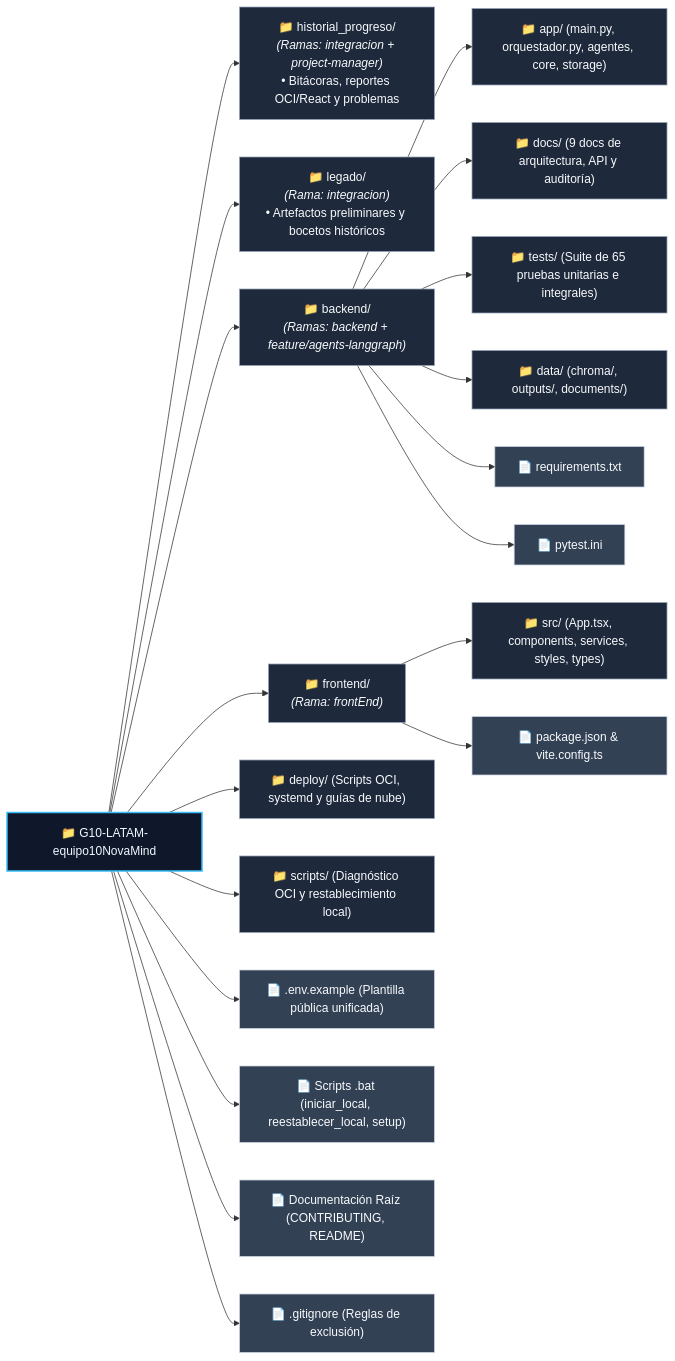
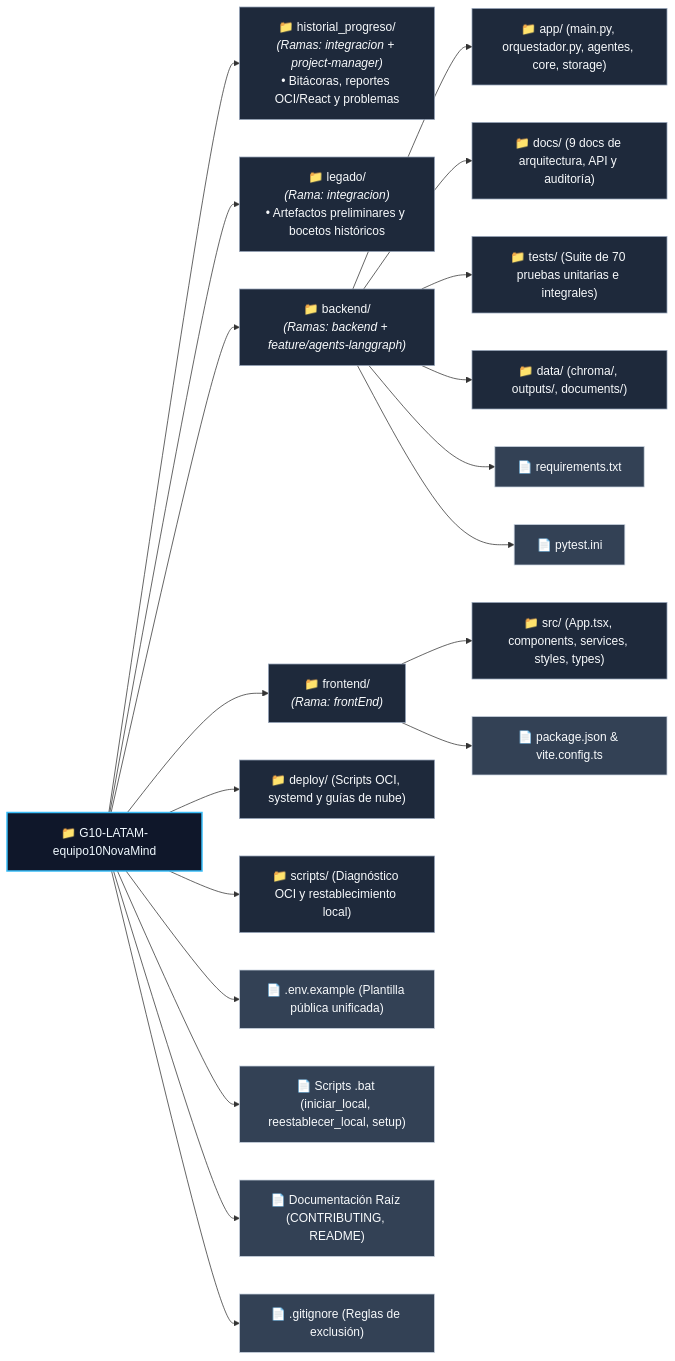
The third of 5 diagrams in README.md (No-Country-simulation/G10-LATAM-equipo10NovaMind), drawn with Mermaid before and after one commit. The commit also changed other lines of this file and 67 other files, not shown here.

````diff
--- a/README.md
+++ b/README.md
@@ -147,37 +148,37 @@
 ```mermaid
 graph LR
     %% Estilos
     classDef root fill:#0f172a,stroke:#38bdf8,stroke-width:2px,color:#f0f9ff;
     classDef dir fill:#1e293b,stroke:#94a3b8,stroke-width:1px,color:#f8fafc;
     classDef file fill:#334155,stroke:#cbd5e1,stroke-width:1px,color:#f8fafc;
 
     ROOT["📁 G10-LATAM-equipo10NovaMind"]:::root
 
     %% HISTORIAL Y LEGADO
     ROOT --> HP_DIR["📁 historial_progreso/<br/><i>(Ramas: integracion + project-manager)</i><br/>• Bitácoras, reportes OCI/React y problemas"]:::dir
     ROOT --> LEG_DIR["📁 legado/<br/><i>(Rama: integracion)</i><br/>• Artefactos preliminares y bocetos históricos"]:::dir
 
     %% BACKEND
     ROOT --> B_DIR["📁 backend/<br/><i>(Ramas: backend + feature/agents-langgraph)</i>"]:::dir
     B_DIR --> B_APP["📁 app/ (main.py, orquestador.py, agentes, core, storage)"]:::dir
     B_DIR --> B_DOCS["📁 docs/ (9 docs de arquitectura, API y auditoría)"]:::dir
-    B_DIR --> B_TESTS["📁 tests/ (Suite de 65 pruebas unitarias e integrales)"]:::dir
+    B_DIR --> B_TESTS["📁 tests/ (Suite de 70 pruebas unitarias e integrales)"]:::dir
     B_DIR --> B_DATA["📁 data/ (chroma/, outputs/, documents/)"]:::dir
     B_DIR --> B_REQ["📄 requirements.txt"]:::file
     B_DIR --> B_INI["📄 pytest.ini"]:::file
 
     %% FRONTEND
     ROOT --> F_DIR["📁 frontend/<br/><i>(Rama: frontEnd)</i>"]:::dir
     F_DIR --> F_SRC["📁 src/ (App.tsx, components, services, styles, types)"]:::dir
     F_DIR --> F_PKG["📄 package.json & vite.config.ts"]:::file
 
     %% DEPLOY & SCRIPTS
     ROOT --> D_DIR["📁 deploy/ (Scripts OCI, systemd y guías de nube)"]:::dir
     ROOT --> S_DIR["📁 scripts/ (Diagnóstico OCI y restablecimiento local)"]:::dir
 
     %% RAÍZ
     ROOT --> R_ENV["📄 .env.example (Plantilla pública unificada)"]:::file
     ROOT --> R_BAT["📄 Scripts .bat (iniciar_local, reestablecer_local, setup)"]:::file
     ROOT --> R_DOC["📄 Documentación Raíz (CONTRIBUTING, README)"]:::file
     ROOT --> R_GIT["📄 .gitignore (Reglas de exclusión)"]:::file
 ```
````
